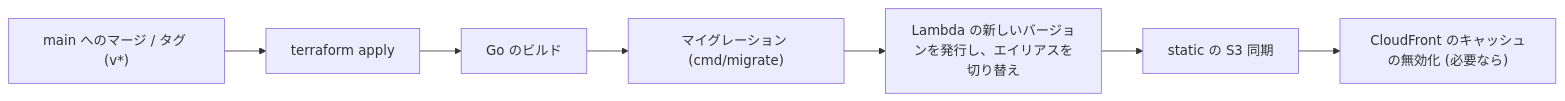
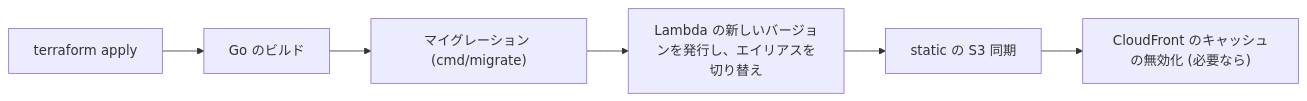
One commit to Inouey1008/family-video changed the second of 2 diagrams in docs/architecture.md. Above: the diagram before and after it, drawn with Mermaid. The commit also changed other lines of this file and 18 other files, not shown here.

````diff
--- a/docs/architecture.md
+++ b/docs/architecture.md
@@ -102,9 +64,8 @@
 ```mermaid
 flowchart LR
-  T["main へのマージ / タグ (v*)"] --> A["terraform apply"]
-  A --> B["Go のビルド"]
+  A["terraform apply"] --> B["Go のビルド"]
   B --> M["マイグレーション (cmd/migrate)"]
   M --> L["Lambda の新しいバージョンを発行し、エイリアスを切り替え"]
   L --> S["static の S3 同期"]
   S --> I["CloudFront のキャッシュの無効化 (必要なら)"]
 ```
````
